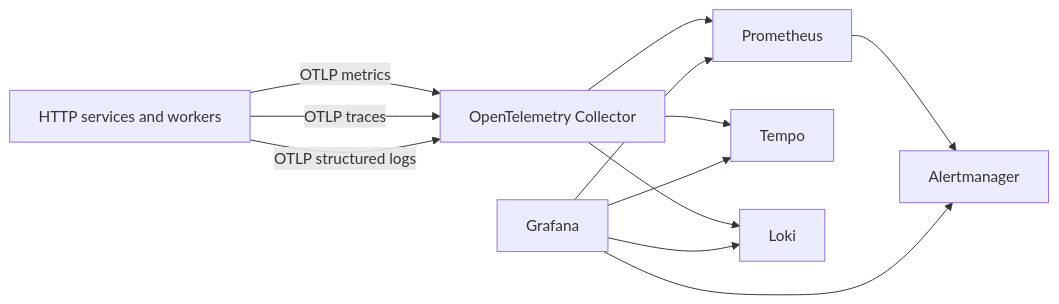
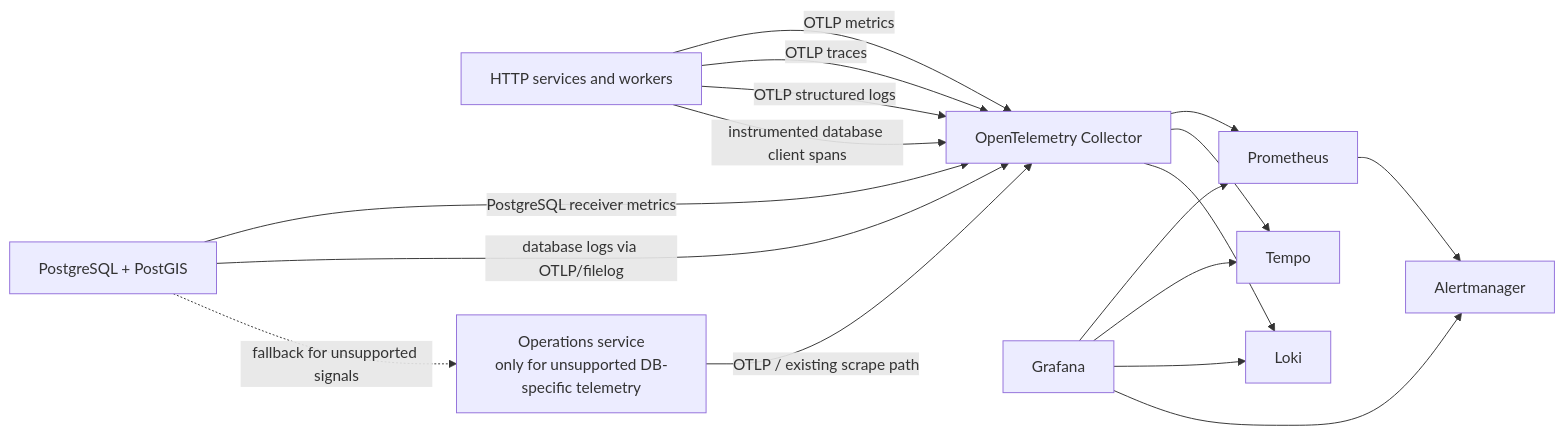
One commit to myota-platform/myota-docs changed the first of 2 diagrams in docs/observability/logging-implementation.md. Above: the diagram before and after it, drawn with Mermaid. The commit also changed other lines of this file, not shown here.

Commit message:
Add PostgreSQL and PostGIS observability phase

````diff
--- a/docs/observability/logging-implementation.md
+++ b/docs/observability/logging-implementation.md
@@ -15,22 +15,29 @@
 ```mermaid
 flowchart LR
   Services[HTTP services and workers]
   OTel[OpenTelemetry Collector]
   Prom[Prometheus]
   Tempo[Tempo]
   Loki[Loki]
   Grafana[Grafana]
   Alert[Alertmanager]
 
   Services -->|OTLP metrics| OTel
   Services -->|OTLP traces| OTel
   Services -->|OTLP structured logs| OTel
   OTel --> Prom
   OTel --> Tempo
   OTel --> Loki
+  Postgres[PostgreSQL + PostGIS]
+  Operations[Operations service\nonly for unsupported DB-specific telemetry]
+  Postgres -->|PostgreSQL receiver metrics| OTel
+  Postgres -->|database logs via OTLP/filelog| OTel
+  Services -->|instrumented database client spans| OTel
+  Postgres -.->|fallback for unsupported signals| Operations
+  Operations -->|OTLP / existing scrape path| OTel
   Grafana --> Prom
   Grafana --> Tempo
   Grafana --> Loki
   Prom --> Alert
   Grafana --> Alert
 ```
````
